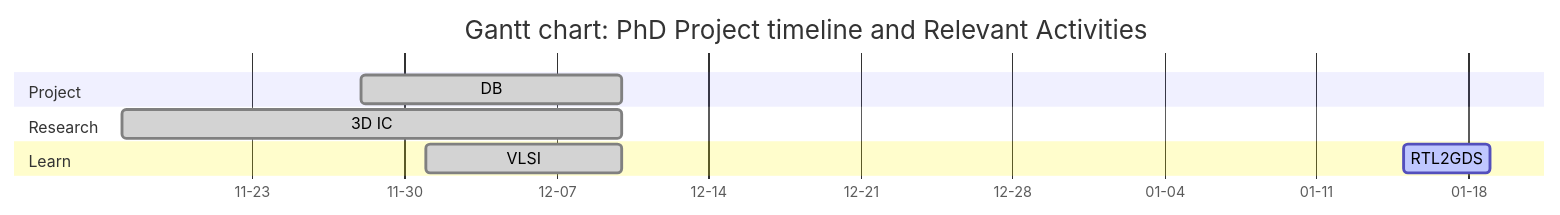
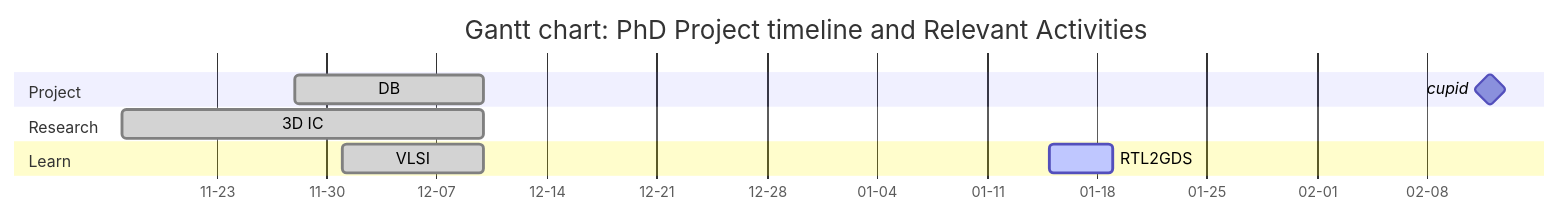
The third of 3 diagrams in tinyml/index.qmd (Marcobisky/Marcobisky.github.io), drawn with Mermaid before and after one commit. The commit also changed other lines of this file and 17 other files, not shown here.

````diff
--- a/tinyml/index.qmd
+++ b/tinyml/index.qmd
@@ -93,26 +93,27 @@
 ```{mermaid}
 ---
 displayMode: compact
 ---
 %%| label: fig-phd-timeline
 %%| fig-cap: "Gantt Chart"
 %%| fig-width: 10
 %%| fig-height: 6
 
 gantt
     title Gantt chart: PhD Project timeline and Relevant Activities
     dateFormat  YYYY-MM-DD
     axisFormat  %m-%d
     tickInterval 14d
 
     section Project
         DB :done, 2025-11-28, 2025-12-10
+        cupid :milestone, 2026-02-12, 0d
 
     section Research
         3D IC :done, 2025-11-17, 2025-12-10
 
     section Learn
         VLSI :done, 2025-12-01, 2025-12-10
         RTL2GDS :active, 2026-01-15, 2026-01-19
 
 ```
````
